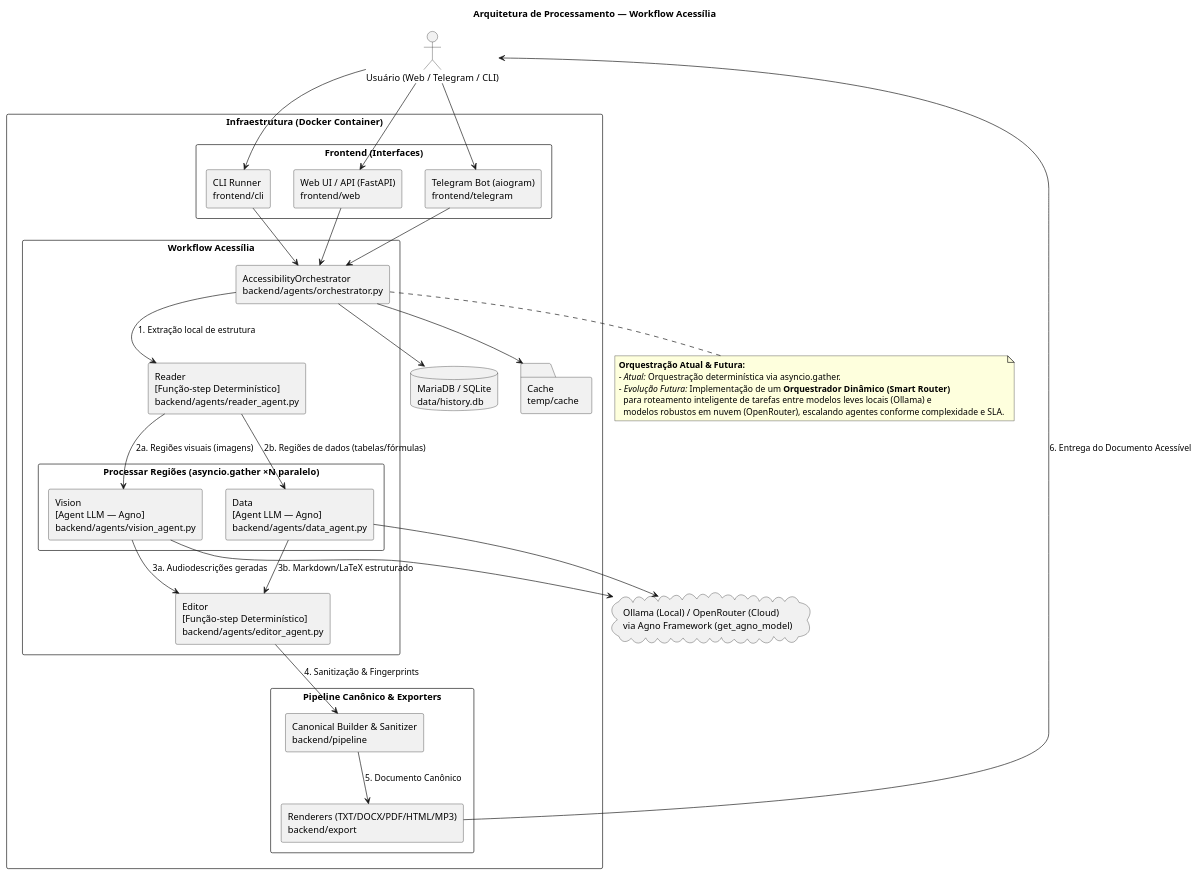
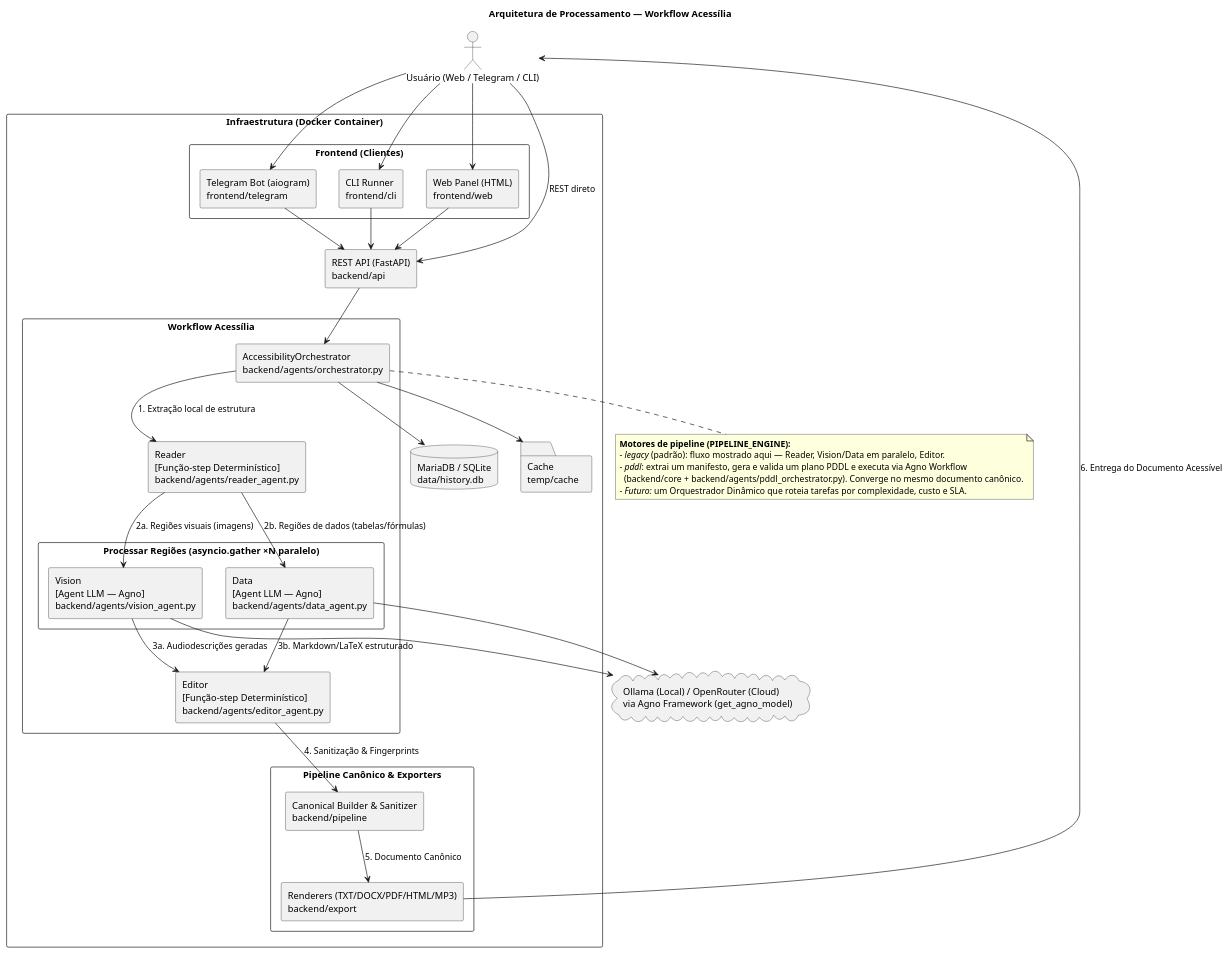
One commit to A11yDevs/acessilia changed the diagram in docs/architecture/architecture.puml. Above: the diagram before and after it, drawn with PlantUML. The commit also changed 8 other files, not shown here.

Commit message:
docs: alinha documentação à arquitetura PDDL+Agno e à API REST

```diff
--- a/docs/architecture/architecture.puml
+++ b/docs/architecture/architecture.puml
@@ -1,73 +1,77 @@
 @startuml architecture
 skinparam componentStyle rectangle
 skinparam shadowing false
 skinparam packageStyle rectangle
 
 title Arquitetura de Processamento — Workflow Acessília
 
 actor "Usuário (Web / Telegram / CLI)" as User
 
 package "Infraestrutura (Docker Container)" {
   
-  package "Frontend (Interfaces)" {
-    component "Web UI / API (FastAPI)\nfrontend/web" as WebUI
+  package "Frontend (Clientes)" {
+    component "Web Panel (HTML)\nfrontend/web" as WebUI
     component "Telegram Bot (aiogram)\nfrontend/telegram" as TelegramBot
     component "CLI Runner\nfrontend/cli" as CLI
   }
+
+  component "REST API (FastAPI)\nbackend/api" as API
 
   package "Workflow Acessília" {
     component "AccessibilityOrchestrator\nbackend/agents/orchestrator.py" as Orchestrator
     
     component "Reader\n[Função-step Determinístico]\nbackend/agents/reader_agent.py" as Reader
     
     package "Processar Regiões (asyncio.gather ×N paralelo)" {
       component "Vision\n[Agent LLM — Agno]\nbackend/agents/vision_agent.py" as Vision
       component "Data\n[Agent LLM — Agno]\nbackend/agents/data_agent.py" as Data
     }
     
     component "Editor\n[Função-step Determinístico]\nbackend/agents/editor_agent.py" as Editor
   }
 
   package "Pipeline Canônico & Exporters" {
     component "Canonical Builder & Sanitizer\nbackend/pipeline" as Pipeline
     component "Renderers (TXT/DOCX/PDF/HTML/MP3)\nbackend/export" as Exporters
   }
 
   database "MariaDB / SQLite\ndata/history.db" as DB
   folder "Cache\ntemp/cache" as Cache
 }
 
 cloud "Ollama (Local) / OpenRouter (Cloud)\nvia Agno Framework (get_agno_model)" as AI
 
 note bottom of Orchestrator
-  <b>Orquestração Atual & Futura:</b>
-  - <i>Atual:</i> Orquestração determinística via asyncio.gather.
-  - <i>Evolução Futura:</i> Implementação de um <b>Orquestrador Dinâmico (Smart Router)</b>
-    para roteamento inteligente de tarefas entre modelos leves locais (Ollama) e
-    modelos robustos em nuvem (OpenRouter), escalando agentes conforme complexidade e SLA.
+  <b>Motores de pipeline (PIPELINE_ENGINE):</b>
+  - <i>legacy</i> (padrão): fluxo mostrado aqui — Reader, Vision/Data em paralelo, Editor.
+  - <i>pddl</i>: extrai um manifesto, gera e valida um plano PDDL e executa via Agno Workflow
+    (backend/core + backend/agents/pddl_orchestrator.py). Converge no mesmo documento canônico.
+  - <i>Futuro:</i> um Orquestrador Dinâmico que roteia tarefas por complexidade, custo e SLA.
 end note
 
 User --> WebUI
 User --> TelegramBot
 User --> CLI
+User --> API : REST direto
 
-WebUI --> Orchestrator
-TelegramBot --> Orchestrator
-CLI --> Orchestrator
+WebUI --> API
+TelegramBot --> API
+CLI --> API
+API --> Orchestrator
 
 Orchestrator --> DB
 Orchestrator --> Cache
 
 Orchestrator --> Reader : 1. Extração local de estrutura
 Reader --> Vision : 2a. Regiões visuais (imagens)
 Reader --> Data : 2b. Regiões de dados (tabelas/fórmulas)
 Vision --> AI
 Data --> AI
 
 Vision --> Editor : 3a. Audiodescrições geradas
 Data --> Editor : 3b. Markdown/LaTeX estruturado
 Editor --> Pipeline : 4. Sanitização & Fingerprints
 Pipeline --> Exporters : 5. Documento Canônico
 Exporters --> User : 6. Entrega do Documento Acessível
 
 @enduml
```
